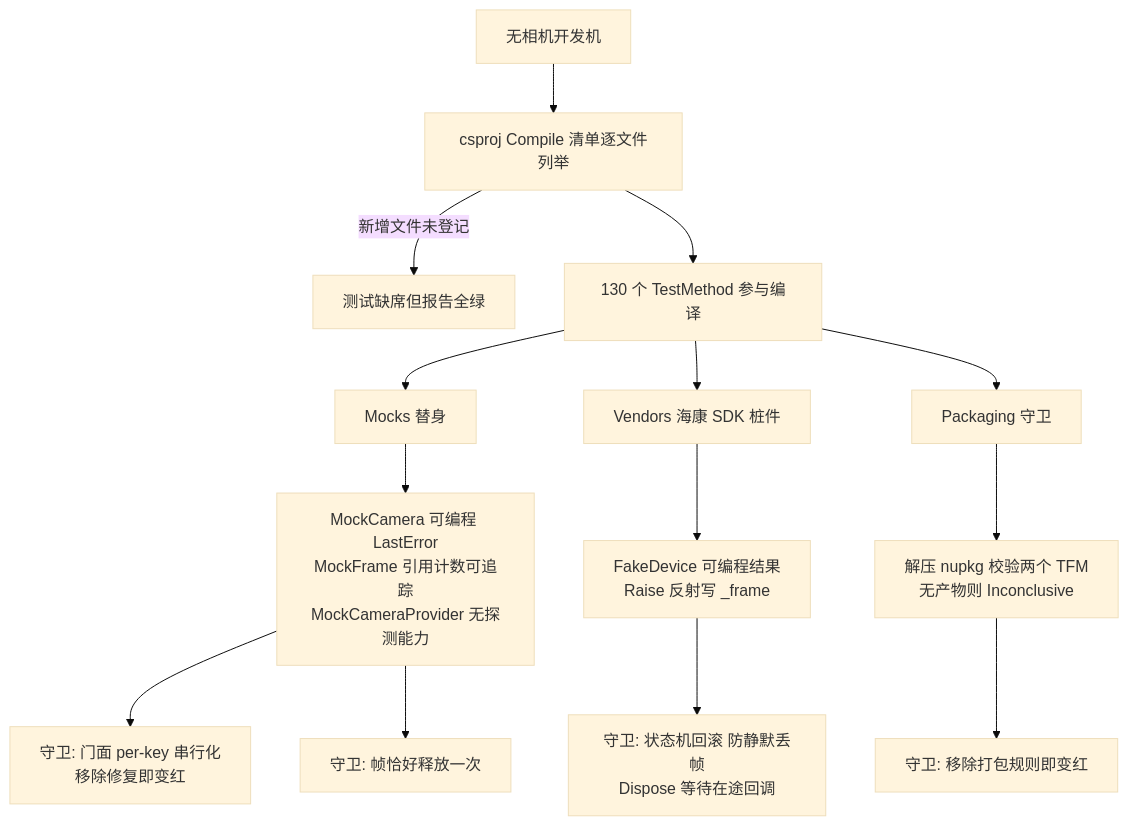
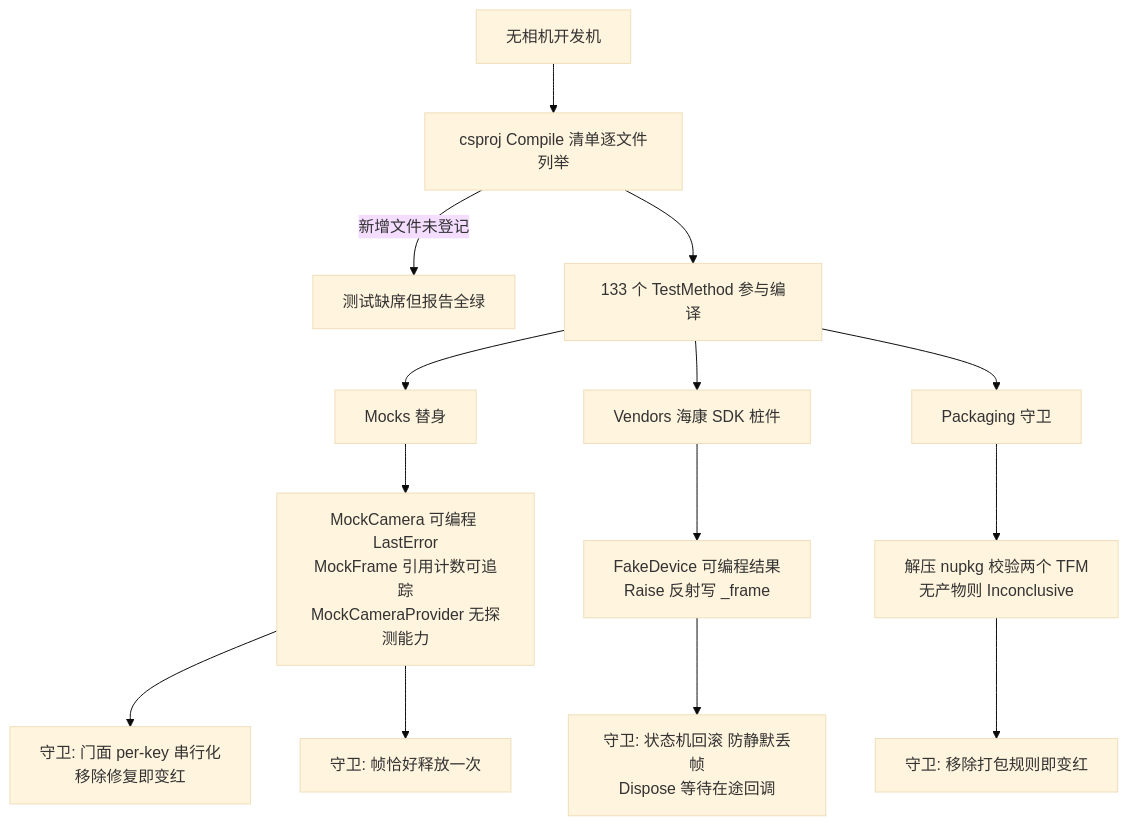
The diagram in Junevy.EasyCamera.Wiki/zh/content/测试/回归清单与测试替身.md (Junevy/Junevy.EasyCamera), drawn with Mermaid (base theme) before and after one commit. The commit also changed other lines of this file and 51 other files, not shown here.

````diff
--- a/Junevy.EasyCamera.Wiki/zh/content/测试/回归清单与测试替身.md
+++ b/Junevy.EasyCamera.Wiki/zh/content/测试/回归清单与测试替身.md
@@ -177,13 +201,13 @@
 ```mermaid
 flowchart TD
     T[无相机开发机] --> CS[csproj Compile 清单逐文件列举]
     CS -->|新增文件未登记| X[测试缺席但报告全绿]
-    CS --> OK[130 个 TestMethod 参与编译]
+    CS --> OK[133 个 TestMethod 参与编译]
     OK --> M[Mocks 替身] --> M1[MockCamera 可编程 LastError<br/>MockFrame 引用计数可追踪<br/>MockCameraProvider 无探测能力]
     OK --> V[Vendors 海康 SDK 桩件] --> V1[FakeDevice 可编程结果<br/>Raise 反射写 _frame]
     OK --> P[Packaging 守卫] --> P1[解压 nupkg 校验两个 TFM<br/>无产物则 Inconclusive]
     M1 --> R1[守卫: 门面 per-key 串行化<br/>移除修复即变红]
     M1 --> R2[守卫: 帧恰好释放一次]
     V1 --> R3[守卫: 状态机回滚 防静默丢帧<br/>Dispose 等待在途回调]
     P1 --> R5[守卫: 移除打包规则即变红]
 ```
````
